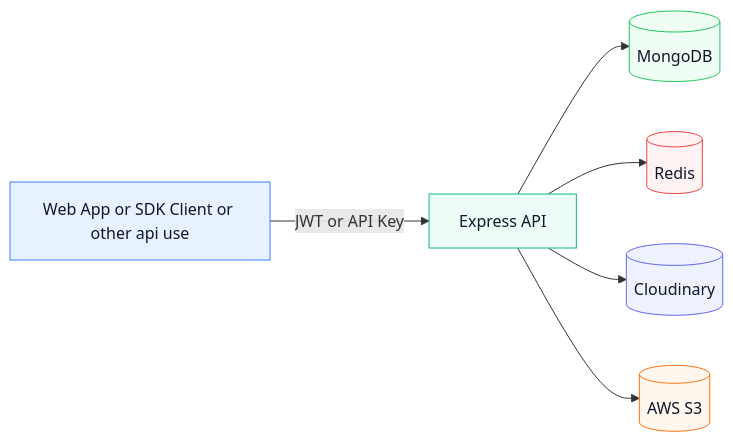
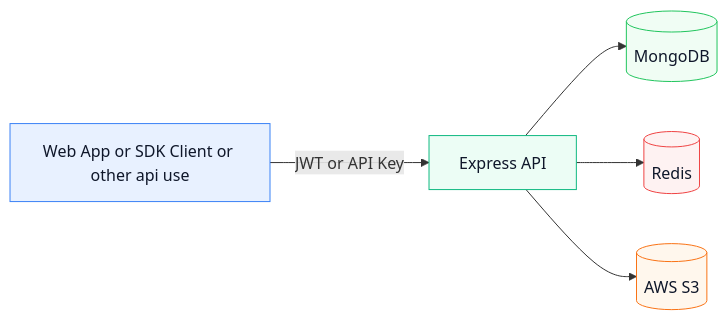
One commit to AtulYadavCodes/imageflow changed the first of 3 diagrams in README.md. Above: the diagram before and after it, drawn with Mermaid. The commit also changed other lines of this file and 2 other files, not shown here.

````diff
--- a/README.md
+++ b/README.md
@@ -44,15 +43,13 @@
 ```mermaid
 flowchart LR
   U[Web App or SDK Client or other api use] -->|JWT or API Key| A[Express API]
   A --> DB[(MongoDB)]
   A --> R[(Redis)]
-  A --> C[(Cloudinary)]
   A --> S[(AWS S3)]
 
   style U fill:#E8F1FF,stroke:#3B82F6,color:#0F172A
   style A fill:#ECFDF5,stroke:#10B981,color:#0F172A
   style DB fill:#F0FDF4,stroke:#22C55E,color:#0F172A
   style R fill:#FEF2F2,stroke:#EF4444,color:#0F172A
-  style C fill:#EEF2FF,stroke:#6366F1,color:#0F172A
   style S fill:#FFF7ED,stroke:#F97316,color:#0F172A
 ```
````
